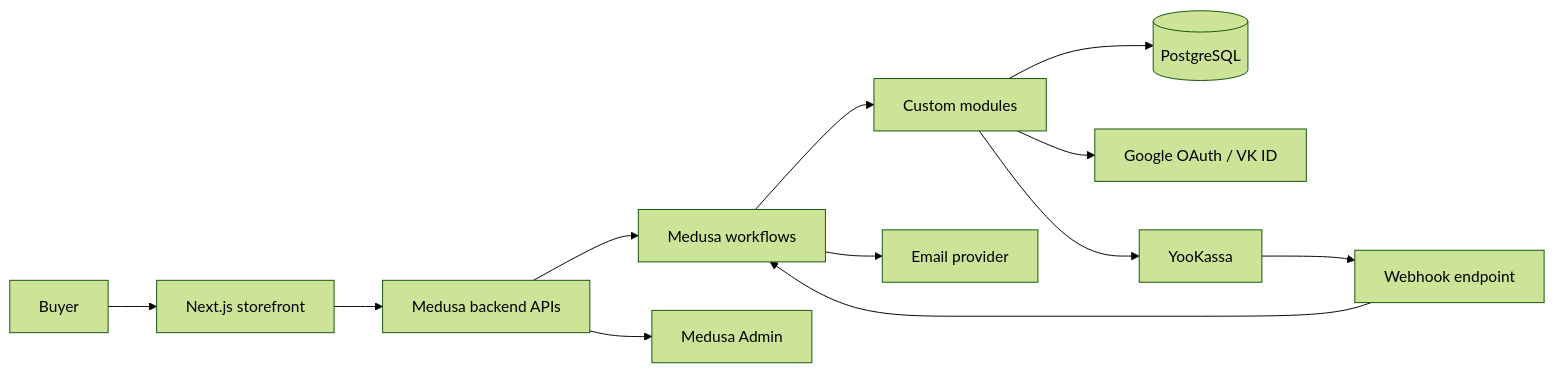
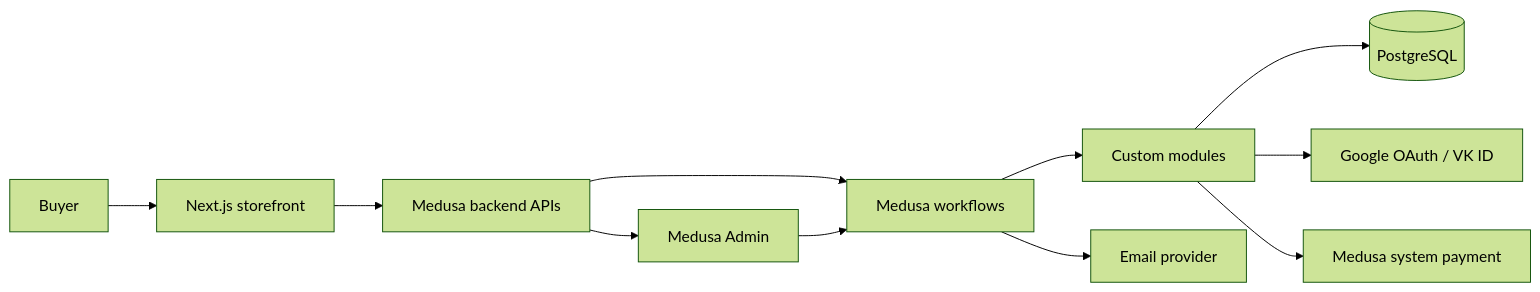
One commit to Coder-Bilol/eshop changed the first of 2 diagrams in .memory-bank/architecture/system-architecture.md. Above: the diagram before and after it, drawn with Mermaid (forest theme). The commit also changed other lines of this file and 75 other files, not shown here.

````diff
--- a/.memory-bank/architecture/system-architecture.md
+++ b/.memory-bank/architecture/system-architecture.md
@@ -92,14 +100,13 @@
 ```mermaid
 flowchart LR
   Buyer[Buyer] --> Storefront[Next.js storefront]
   Storefront --> Backend[Medusa backend APIs]
   Backend --> Workflows[Medusa workflows]
   Workflows --> Modules[Custom modules]
   Modules --> Postgres[(PostgreSQL)]
   Backend --> Admin[Medusa Admin]
   Modules --> OAuth[Google OAuth / VK ID]
-  Modules --> YooKassa[YooKassa]
-  YooKassa --> Webhook[Webhook endpoint]
-  Webhook --> Workflows
+  Modules --> SystemPayment[Medusa system payment]
+  Admin --> Workflows
   Workflows --> Email[Email provider]
 ```
````
